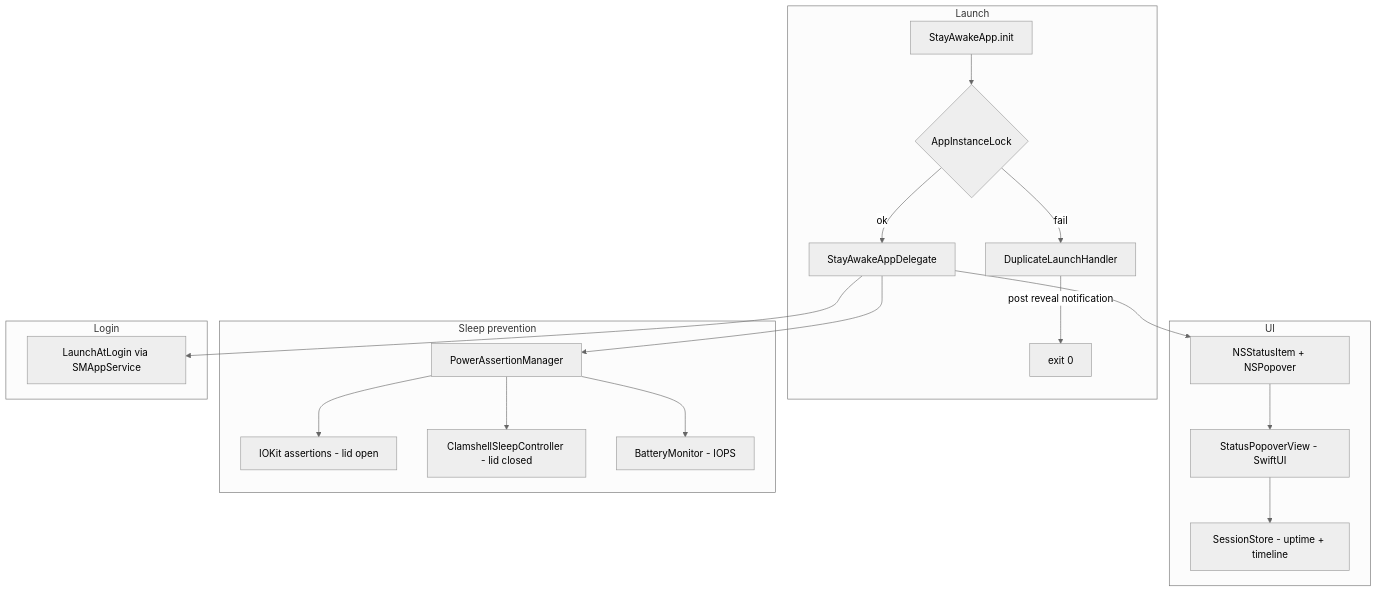
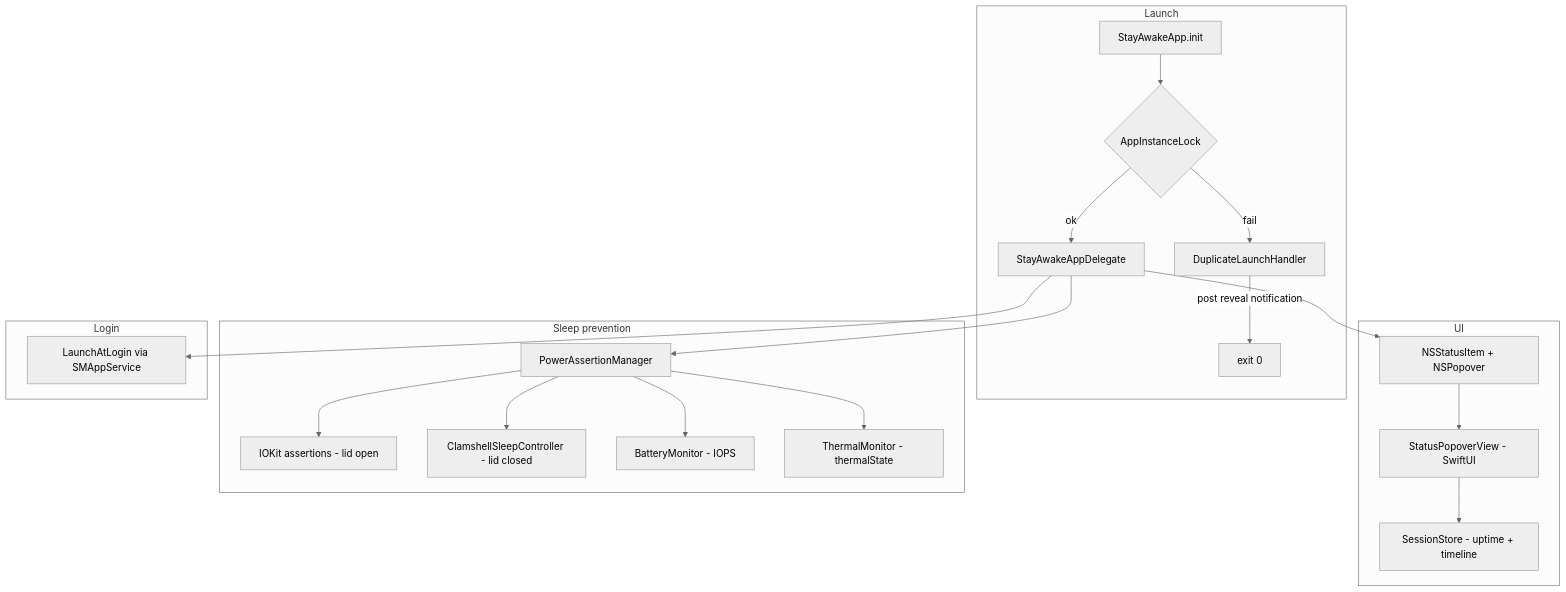
Before and after one commit to rmarti55/StayAwake: the diagram in docs/ARCHITECTURE.md, drawn with Mermaid (neutral theme). The commit also changed other lines of this file and 14 other files, not shown here.

````diff
--- a/docs/ARCHITECTURE.md
+++ b/docs/ARCHITECTURE.md
@@ -9,23 +9,24 @@
 ```mermaid
 flowchart TB
   subgraph launch [Launch]
     AppInit[StayAwakeApp.init] --> Lock{AppInstanceLock}
     Lock -->|fail| DupHandler[DuplicateLaunchHandler]
     DupHandler -->|post reveal notification| Exit[exit 0]
     Lock -->|ok| Delegate[StayAwakeAppDelegate]
   end
   subgraph ui [UI]
     Delegate --> StatusItem[NSStatusItem + NSPopover]
     StatusItem --> PopoverView[StatusPopoverView - SwiftUI]
     PopoverView --> SessionStore[SessionStore - uptime + timeline]
   end
   subgraph power [Sleep prevention]
     Delegate --> PowerMgr[PowerAssertionManager]
     PowerMgr --> IOKit[IOKit assertions - lid open]
     PowerMgr --> Clamshell[ClamshellSleepController - lid closed]
     PowerMgr --> BatteryMon[BatteryMonitor - IOPS]
+    PowerMgr --> ThermalMon[ThermalMonitor - thermalState]
   end
   subgraph login [Login]
     Delegate --> LaunchLogin[LaunchAtLogin via SMAppService]
   end
 ```
````
